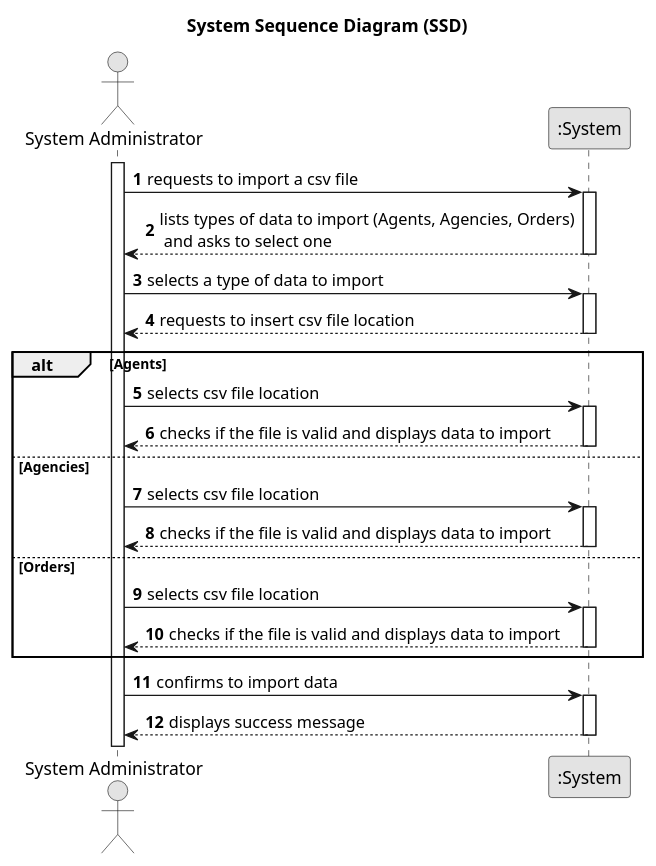
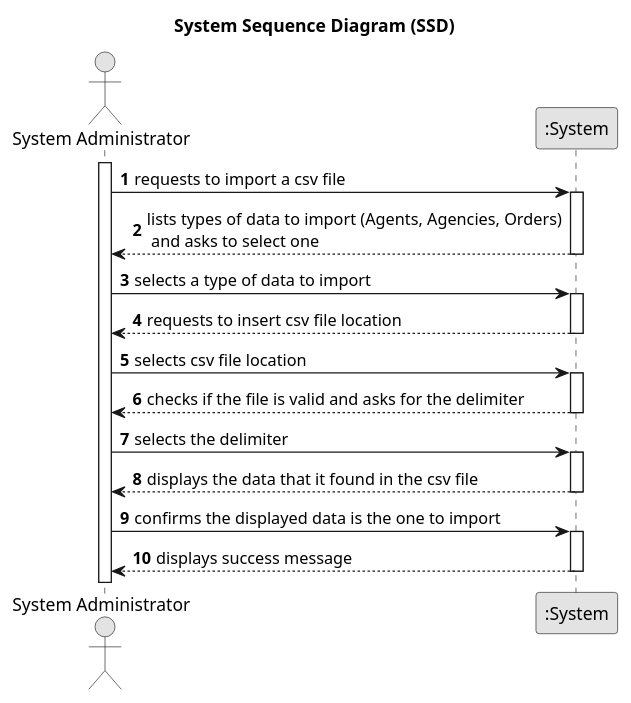
One commit to Goncalves2525/real-estate-management-system changed the diagram in docs/sprintC/us012/01.requirements-engineering/puml/us012-system-sequence-diagram.puml. Above: the diagram before and after it, drawn with PlantUML. The commit also changed 26 other files, not shown here.

```diff
--- a/docs/sprintC/us012/01.requirements-engineering/puml/us012-system-sequence-diagram.puml
+++ b/docs/sprintC/us012/01.requirements-engineering/puml/us012-system-sequence-diagram.puml
@@ -1,51 +1,46 @@
 @startuml
 skinparam monochrome true
 skinparam packageStyle rectangle
 skinparam shadowing false
 
 title System Sequence Diagram (SSD)
 
 autonumber
 
 actor "System Administrator" as Admin
 participant ":System" as System
 
 activate Admin
 
     Admin -> System : requests to import a csv file
     activate System
 
     System --> Admin : lists types of data to import (Agents, Agencies, Orders)\n and asks to select one
     deactivate System
 
     Admin -> System : selects a type of data to import
     activate System
 
     System --> Admin : requests to insert csv file location
     deactivate System
 
-    alt  Agents
-        Admin -> System: selects csv file location
-        activate System
-        System --> Admin: checks if the file is valid and displays data to import
-        deactivate System
-    else  Agencies
-        Admin -> System: selects csv file location
-        activate System
-        System --> Admin: checks if the file is valid and displays data to import
-        deactivate System
-    else  Orders
-        Admin -> System: selects csv file location
-        activate System
-        System --> Admin: checks if the file is valid and displays data to import
-        deactivate System
-    end
+    Admin -> System: selects csv file location
+    activate System
 
-    Admin -> System : confirms to import data
+    System --> Admin: checks if the file is valid and asks for the delimiter
+    deactivate System
+
+    Admin -> System: selects the delimiter
+    activate System
+
+    System --> Admin: displays the data that it found in the csv file
+    deactivate System
+
+    Admin -> System : confirms the displayed data is the one to import
     activate System
 
     System --> Admin : displays success message
     deactivate System
 
 
 @enduml
```
